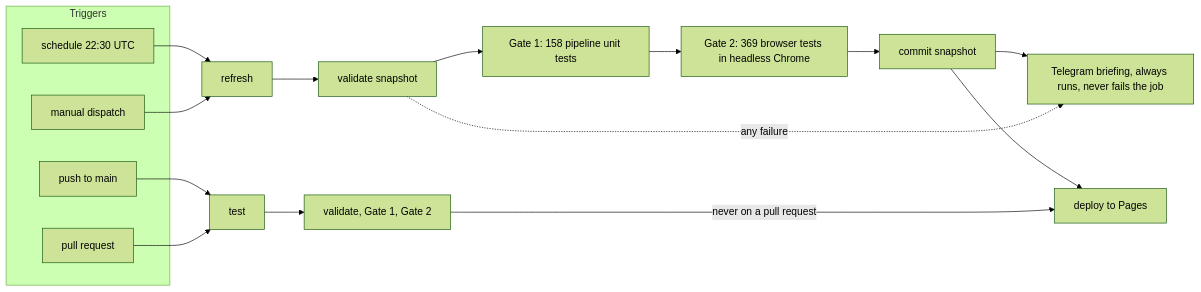
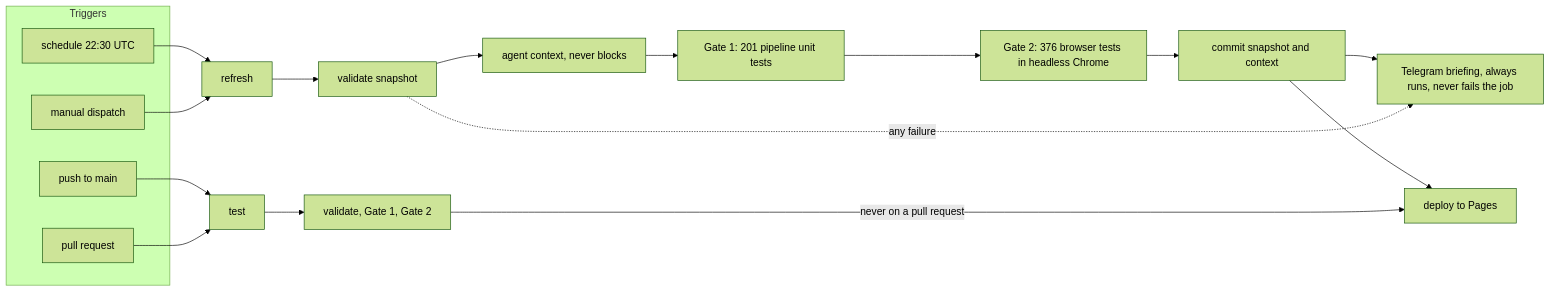
One commit to myc208/quantlens changed the fourth of 5 diagrams in README.md. Above: the diagram before and after it, drawn with Mermaid (forest theme). The commit also changed other lines of this file and 9 other files, not shown here.

````diff
--- a/README.md
+++ b/README.md
@@ -969,19 +1001,19 @@
 ```mermaid
 flowchart LR
   subgraph T["Triggers"]
     S["schedule 22:30 UTC"]
     D["manual dispatch"]
     P["push to main"]
     PR["pull request"]
   end
   S --> REF["refresh"]
   D --> REF
   P --> TEST["test"]
   PR --> TEST
-  REF --> V["validate snapshot"] --> G1["Gate 1: 158 pipeline unit tests"] --> G2["Gate 2: 369 browser tests in headless Chrome"] --> C["commit snapshot"]
+  REF --> V["validate snapshot"] --> BCX["agent context, never blocks"] --> G1["Gate 1: 201 pipeline unit tests"] --> G2["Gate 2: 376 browser tests in headless Chrome"] --> C["commit snapshot and context"]
   C --> TG["Telegram briefing, always runs, never fails the job"]
   V -.->|"any failure"| TG
   TEST --> V2["validate, Gate 1, Gate 2"]
   C --> DEP["deploy to Pages"]
   V2 -->|"never on a pull request"| DEP
 ```
````
